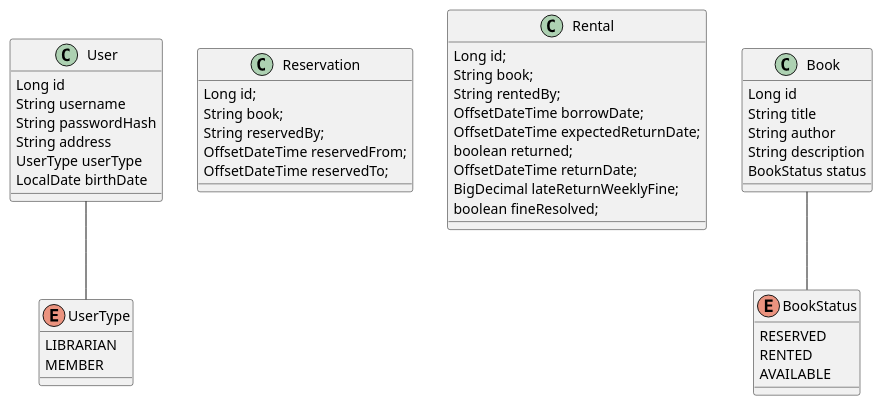
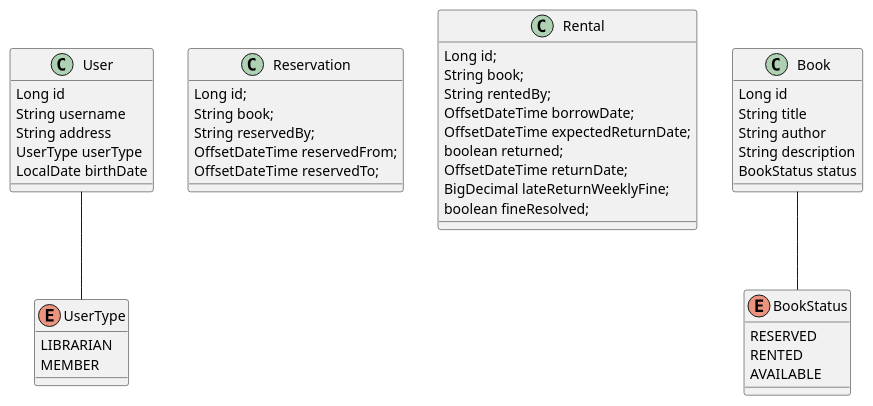
Before and after one commit to Crytastic/library-management-system: the diagram in puml/classDiagram.puml, drawn with PlantUML. The commit also changed 1 other file, not shown here.

Commit message:
Fix mistake in class diagram

```diff
--- a/puml/classDiagram.puml
+++ b/puml/classDiagram.puml
@@ -1,55 +1,54 @@
 @startuml
 
 
 class User {
 Long id
 String username
-String passwordHash
 String address
 UserType userType
 LocalDate birthDate
 }
 
 class Reservation {
 Long id;
 String book;
 String reservedBy;
 OffsetDateTime reservedFrom;
 OffsetDateTime reservedTo;
 }
 
 class Rental {
 Long id;
 String book;
 String rentedBy;
 OffsetDateTime borrowDate;
 OffsetDateTime expectedReturnDate;
 boolean returned;
 OffsetDateTime returnDate;
 BigDecimal lateReturnWeeklyFine;
 boolean fineResolved;
 }
 
 class Book {
 Long id
 String title
 String author
 String description
 BookStatus status
 }
 
 enum UserType {
 LIBRARIAN
 MEMBER
 }
 
 enum BookStatus {
 RESERVED
 RENTED
 AVAILABLE
 }
 
 Book -- BookStatus
 User -- UserType
 
 @enduml
```
